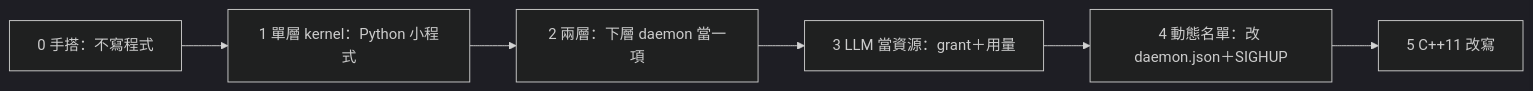
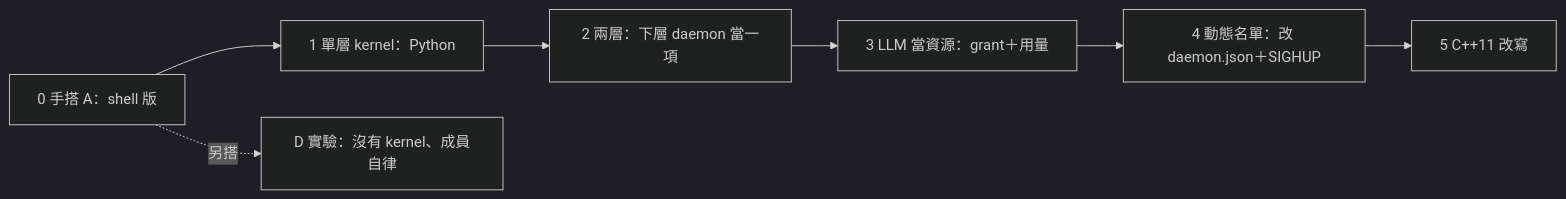
One commit to justty32/aos changed the diagram in proto6/notes/proposals/2026-10-02-kernel/05-分階段落地.md. Above: the diagram before and after it, drawn with Mermaid (dark theme). The commit also changed other lines of this file and 5 other files, not shown here.

````diff
--- a/proto6/notes/proposals/2026-10-02-kernel/05-分階段落地.md
+++ b/proto6/notes/proposals/2026-10-02-kernel/05-分階段落地.md
@@ -7,8 +7,9 @@
 ```mermaid
 flowchart LR
-  P0[0 手搭：不寫程式] --> P1[1 單層 kernel：Python 小程式]
+  P0[0 手搭 A：shell 版] --> P1[1 單層 kernel：Python]
   P1 --> P2[2 兩層：下層 daemon 當一項]
   P2 --> P3[3 LLM 當資源：grant＋用量]
   P3 --> P4[4 動態名單：改 daemon.json＋SIGHUP]
   P4 --> P5[5 C++11 改寫]
+  P0 -. 另搭 .-> PD[D 實驗：沒有 kernel、成員自律]
 ```
````
